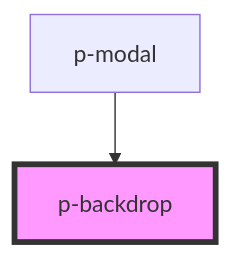
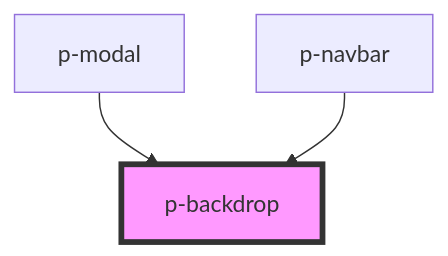
Before and after one commit to Employes/paperless: the diagram in packages/core/src/components/atoms/backdrop/readme.md, drawn with Mermaid. The commit also changed other lines of this file and 5 other files, not shown here.

Commit message:
feat(Organisms/Navbar): Make use of backdrop component

````diff
--- a/packages/core/src/components/atoms/backdrop/readme.md
+++ b/packages/core/src/components/atoms/backdrop/readme.md
@@ -28,5 +29,6 @@
 ```mermaid
 graph TD;
   p-modal --> p-backdrop
+  p-navbar --> p-backdrop
   style p-backdrop fill:#f9f,stroke:#333,stroke-width:4px
 ```
````
